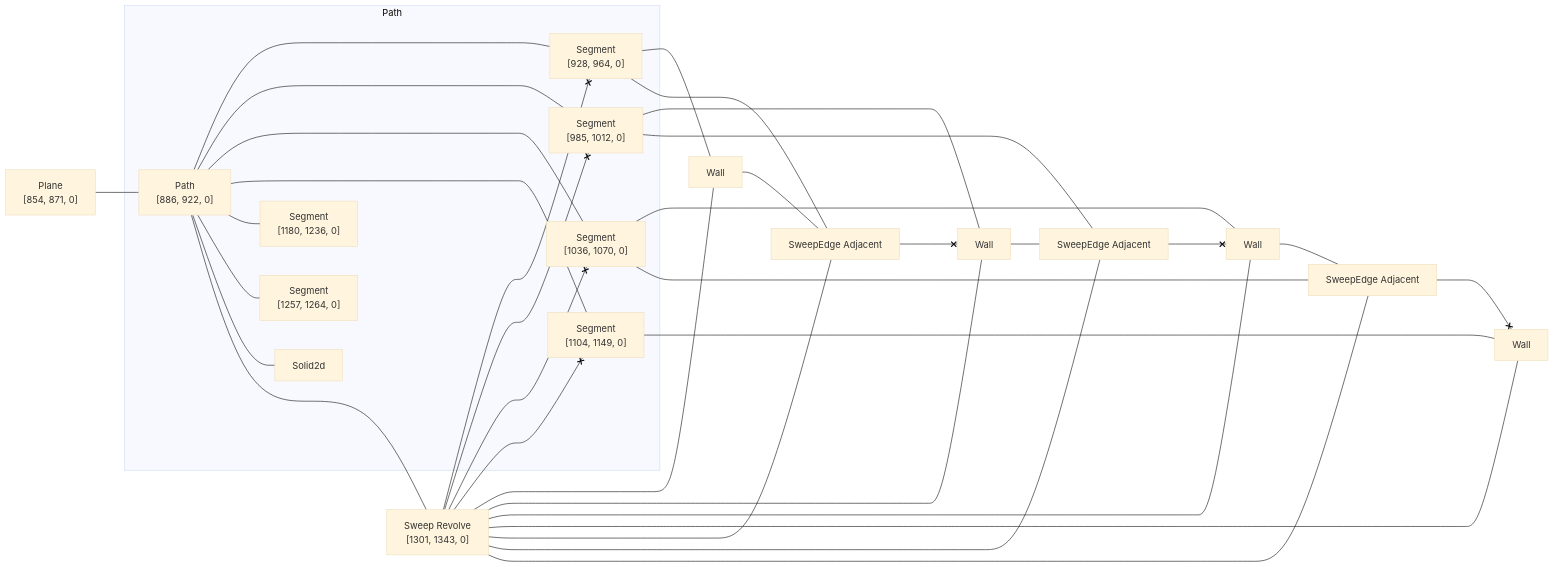
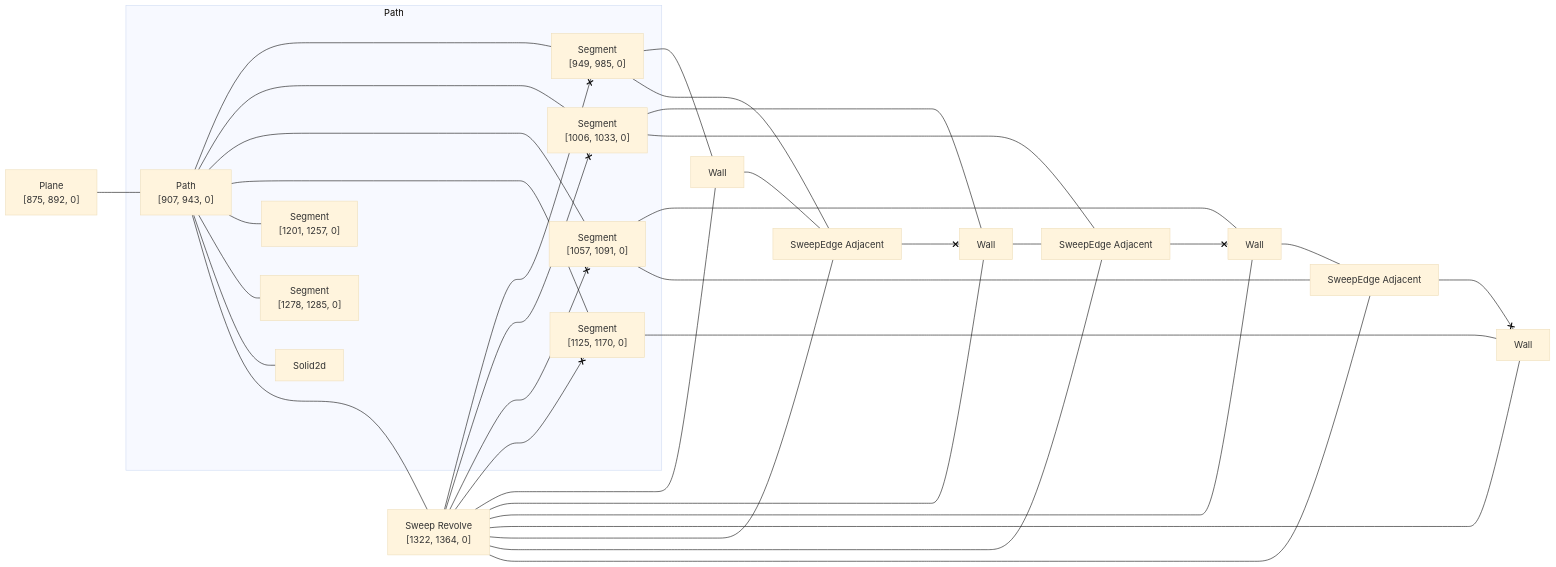
One commit to KittyCAD/modeling-app changed the diagram in rust/kcl-lib/tests/kcl_samples/golf-tee/artifact_graph_flowchart.snap.md. Above: the diagram before and after it, drawn with Mermaid (base theme). The commit also changed 319 other files, not shown here.

````diff
--- a/rust/kcl-lib/tests/kcl_samples/golf-tee/artifact_graph_flowchart.snap.md
+++ b/rust/kcl-lib/tests/kcl_samples/golf-tee/artifact_graph_flowchart.snap.md
@@ -1,68 +1,68 @@
 ```mermaid
 flowchart LR
   subgraph path2 [Path]
-    2["Path<br>[886, 922, 0]"]
+    2["Path<br>[907, 943, 0]"]
       %% [ProgramBodyItem { index: 10 }, VariableDeclarationDeclaration, VariableDeclarationInit, PipeBodyItem { index: 0 }]
-    3["Segment<br>[928, 964, 0]"]
+    3["Segment<br>[949, 985, 0]"]
       %% [ProgramBodyItem { index: 10 }, VariableDeclarationDeclaration, VariableDeclarationInit, PipeBodyItem { index: 1 }]
-    4["Segment<br>[985, 1012, 0]"]
+    4["Segment<br>[1006, 1033, 0]"]
       %% [ProgramBodyItem { index: 10 }, VariableDeclarationDeclaration, VariableDeclarationInit, PipeBodyItem { index: 2 }]
-    5["Segment<br>[1036, 1070, 0]"]
+    5["Segment<br>[1057, 1091, 0]"]
       %% [ProgramBodyItem { index: 10 }, VariableDeclarationDeclaration, VariableDeclarationInit, PipeBodyItem { index: 3 }]
-    6["Segment<br>[1104, 1149, 0]"]
+    6["Segment<br>[1125, 1170, 0]"]
       %% [ProgramBodyItem { index: 10 }, VariableDeclarationDeclaration, VariableDeclarationInit, PipeBodyItem { index: 4 }]
-    7["Segment<br>[1180, 1236, 0]"]
+    7["Segment<br>[1201, 1257, 0]"]
       %% [ProgramBodyItem { index: 10 }, VariableDeclarationDeclaration, VariableDeclarationInit, PipeBodyItem { index: 5 }]
-    8["Segment<br>[1257, 1264, 0]"]
+    8["Segment<br>[1278, 1285, 0]"]
       %% [ProgramBodyItem { index: 10 }, VariableDeclarationDeclaration, VariableDeclarationInit, PipeBodyItem { index: 6 }]
     9[Solid2d]
   end
-  1["Plane<br>[854, 871, 0]"]
+  1["Plane<br>[875, 892, 0]"]
     %% [ProgramBodyItem { index: 9 }, VariableDeclarationDeclaration, VariableDeclarationInit]
-  10["Sweep Revolve<br>[1301, 1343, 0]"]
+  10["Sweep Revolve<br>[1322, 1364, 0]"]
     %% [ProgramBodyItem { index: 11 }, VariableDeclarationDeclaration, VariableDeclarationInit]
   11[Wall]
     %% face_code_ref=Missing NodePath
   12[Wall]
     %% face_code_ref=Missing NodePath
   13[Wall]
     %% face_code_ref=Missing NodePath
   14[Wall]
     %% face_code_ref=Missing NodePath
   15["SweepEdge Adjacent"]
   16["SweepEdge Adjacent"]
   17["SweepEdge Adjacent"]
   1 --- 2
   2 --- 3
   2 --- 4
   2 --- 5
   2 --- 6
   2 --- 7
   2 --- 8
   2 --- 9
   2 ---- 10
   10 <--x 3
   3 --- 11
   3 --- 15
   10 <--x 4
   4 --- 12
   4 --- 16
   10 <--x 5
   5 --- 13
   5 --- 17
   10 <--x 6
   6 --- 14
   10 --- 11
   10 --- 12
   10 --- 13
   10 --- 14
   10 --- 15
   10 --- 16
   10 --- 17
   11 --- 15
   15 <--x 12
   12 --- 16
   16 <--x 13
   13 --- 17
   17 <--x 14
 ```
````
